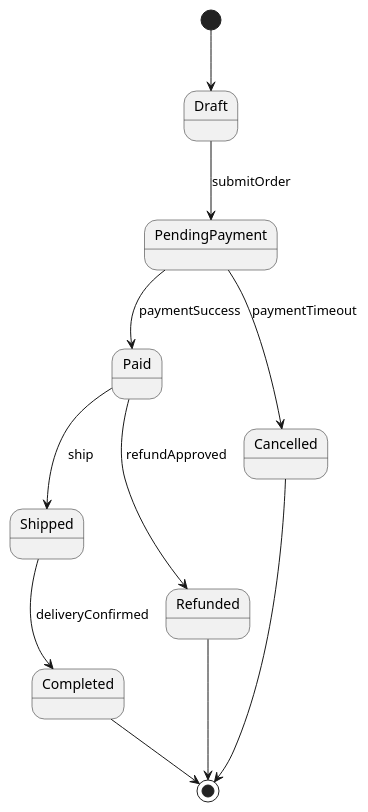
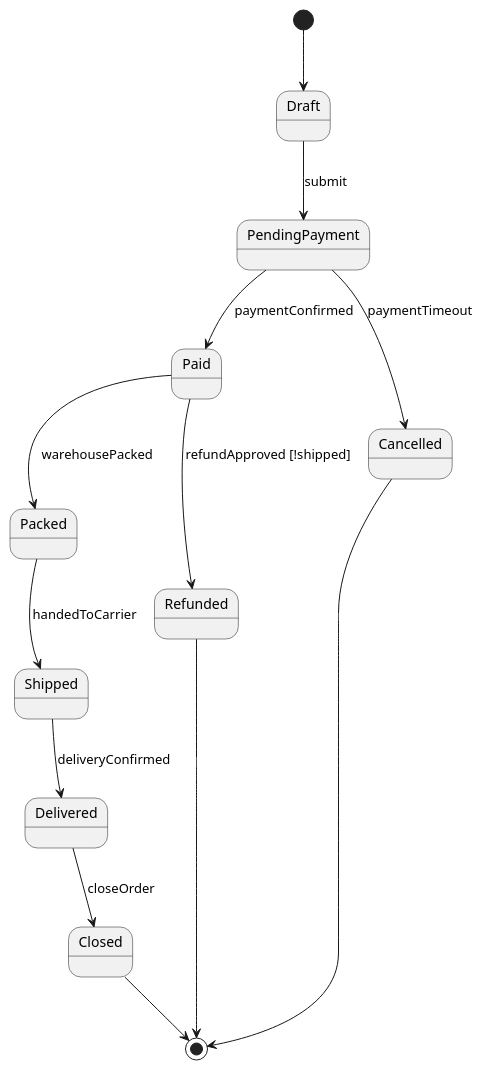
Before and after one commit to iwizy/analyst_kb: the diagram in docs/notations/uml/state-machine.md, drawn with PlantUML. The commit also changed other lines of this file and 20 other files, not shown here.

````diff
--- a/docs/notations/uml/state-machine.md
+++ b/docs/notations/uml/state-machine.md
@@ -34,14 +30,16 @@
 ```kroki-plantuml
 @startuml
 [*] --> Draft
-Draft --> PendingPayment : submitOrder
-PendingPayment --> Paid : paymentSuccess
+Draft --> PendingPayment : submit
+PendingPayment --> Paid : paymentConfirmed
 PendingPayment --> Cancelled : paymentTimeout
-Paid --> Shipped : ship
-Shipped --> Completed : deliveryConfirmed
-Paid --> Refunded : refundApproved
-Completed --> [*]
+Paid --> Packed : warehousePacked
+Packed --> Shipped : handedToCarrier
+Shipped --> Delivered : deliveryConfirmed
+Paid --> Refunded : refundApproved [!shipped]
+Delivered --> Closed : closeOrder
 Cancelled --> [*]
 Refunded --> [*]
+Closed --> [*]
 @enduml
 ```
````
